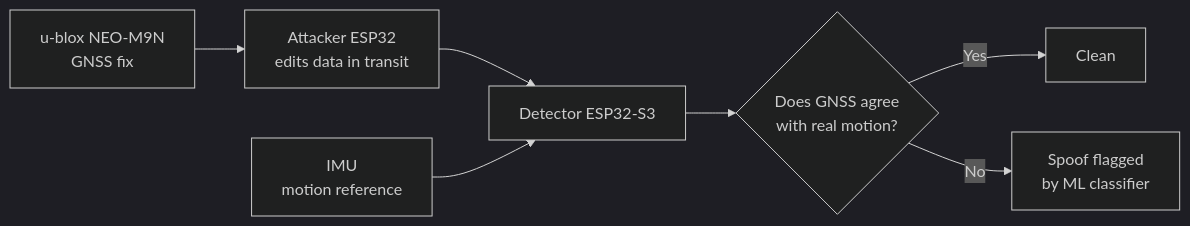
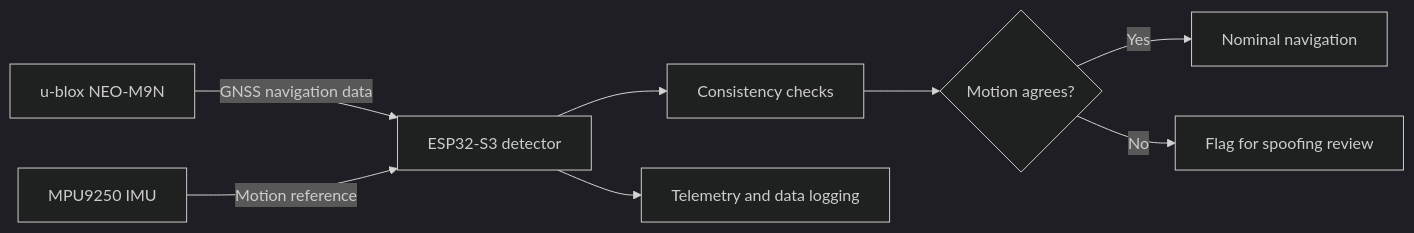
The diagram in README.md (Rishi-D70/Rishi-D70), drawn with Mermaid (dark theme) before and after one commit. The commit also changed other lines of this file, not shown here.

````diff
--- a/README.md
+++ b/README.md
@@ -31,9 +128,10 @@
 ```mermaid
 flowchart LR
-    A["u-blox NEO-M9N<br/>GNSS fix"] --> B["Attacker ESP32<br/>edits data in transit"]
-    B --> C["Detector ESP32-S3"]
-    D["IMU<br/>motion reference"] --> C
-    C --> E{"Does GNSS agree<br/>with real motion?"}
-    E -->|Yes| F["Clean"]
-    E -->|No| G["Spoof flagged<br/>by ML classifier"]
+    A[ u-blox NEO-M9N ] -->|GNSS navigation data| C[ ESP32-S3 detector ]
+    B[ MPU9250 IMU ] -->|Motion reference| C
+    C --> D[ Consistency checks ]
+    D --> E{Motion agrees?}
+    E -->|Yes| F[Nominal navigation]
+    E -->|No| G[Flag for spoofing review]
+    C --> H[Telemetry and data logging]
 ```
````
